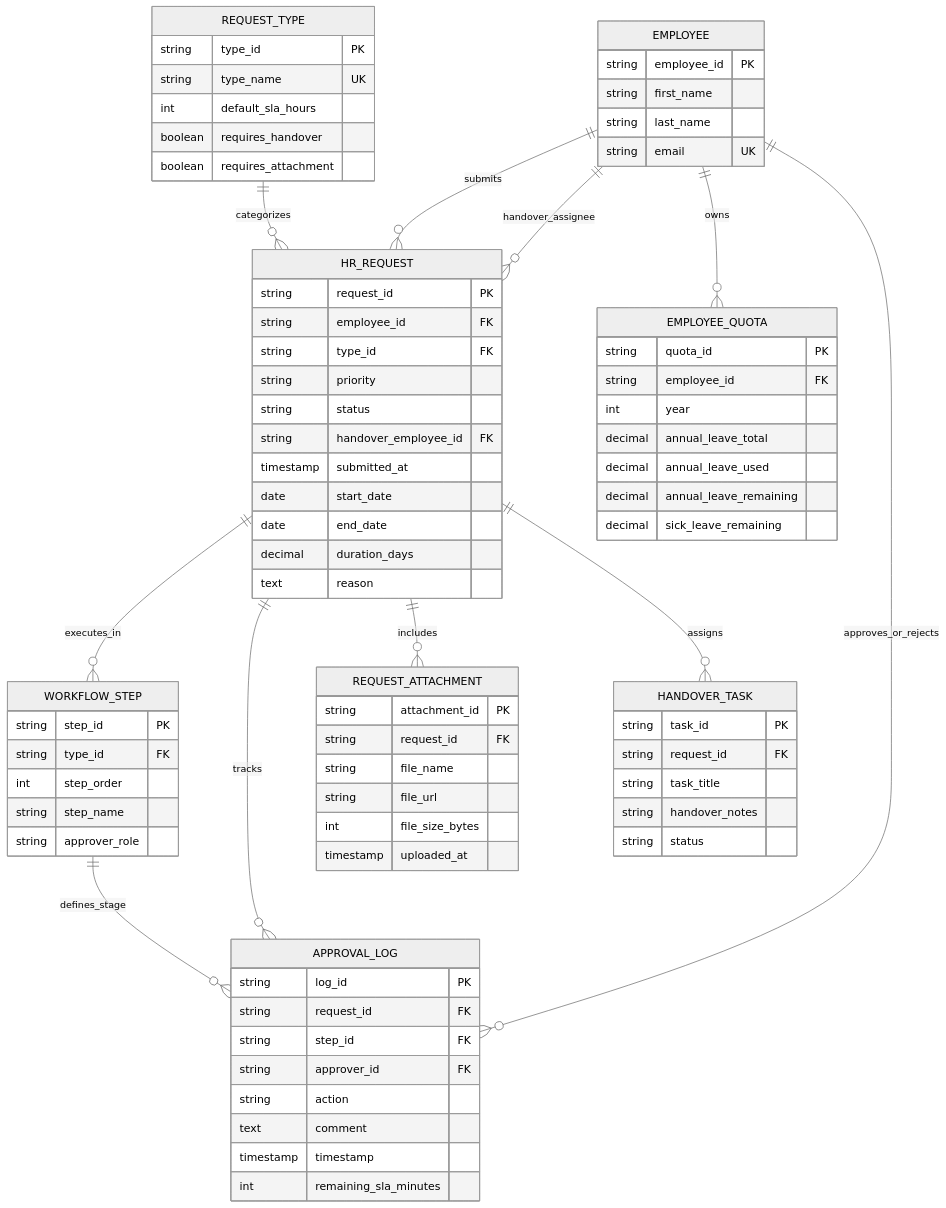
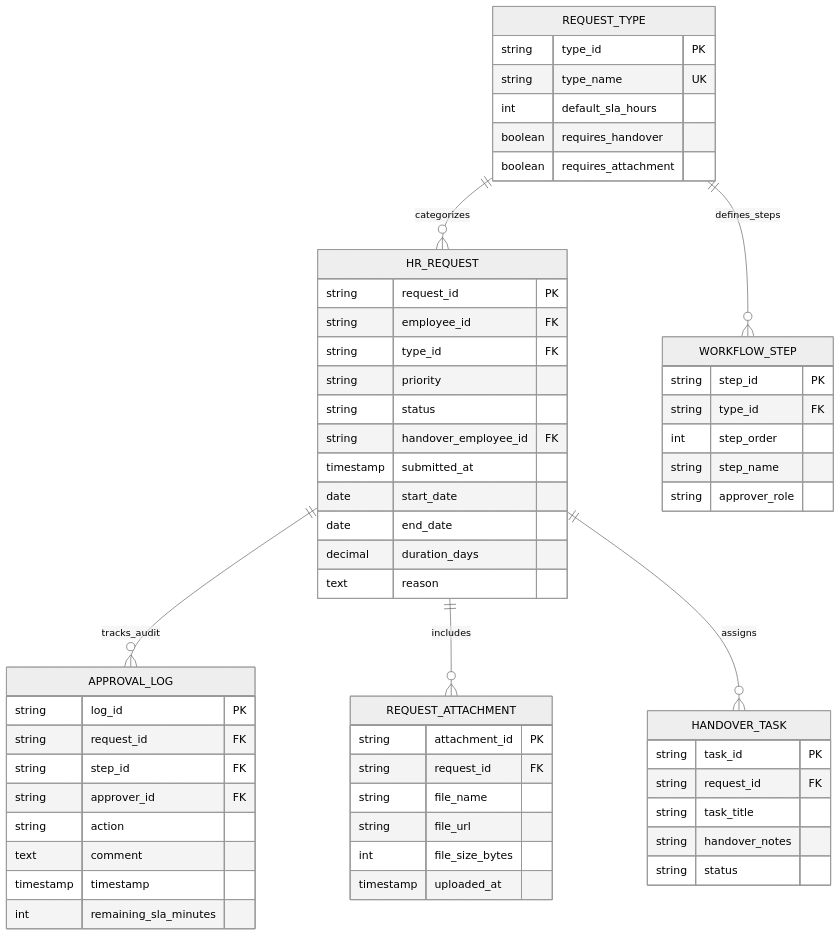
The diagram in databases/RequestManagement.md (votrongdao/Copilot.HR), drawn with Mermaid (neutral theme) before and after one commit. The commit also changed other lines of this file and 18 other files, not shown here.

Commit message:
Break erd

````diff
--- a/databases/RequestManagement.md
+++ b/databases/RequestManagement.md
@@ -9,17 +9,10 @@
 ```mermaid
 erDiagram
     REQUEST_TYPE ||--o{ HR_REQUEST : "categorizes"
-    EMPLOYEE ||--o{ HR_REQUEST : "submits"
-    EMPLOYEE ||--o{ HR_REQUEST : "handover_assignee"
-    EMPLOYEE ||--o{ EMPLOYEE_QUOTA : "owns"
-
-    HR_REQUEST ||--o{ WORKFLOW_STEP : "executes_in"
-    HR_REQUEST ||--o{ APPROVAL_LOG : "tracks"
+    REQUEST_TYPE ||--o{ WORKFLOW_STEP : "defines_steps"
+    HR_REQUEST ||--o{ APPROVAL_LOG : "tracks_audit"
     HR_REQUEST ||--o{ REQUEST_ATTACHMENT : "includes"
     HR_REQUEST ||--o{ HANDOVER_TASK : "assigns"
-
-    EMPLOYEE ||--o{ APPROVAL_LOG : "approves_or_rejects"
-    WORKFLOW_STEP ||--o{ APPROVAL_LOG : "defines_stage"
 
     REQUEST_TYPE {
         string type_id PK
@@ -71,16 +64,6 @@
         timestamp uploaded_at
     }
 
-    EMPLOYEE_QUOTA {
-        string quota_id PK
-        string employee_id FK
-        int year
-        decimal annual_leave_total
-        decimal annual_leave_used
-        decimal annual_leave_remaining
-        decimal sick_leave_remaining
-    }
-
     HANDOVER_TASK {
         string task_id PK
         string request_id FK
@@ -88,11 +71,4 @@
         string handover_notes
         string status
     }
-
-    EMPLOYEE {
-        string employee_id PK
-        string first_name
-        string last_name
-        string email UK
-    }
 ```
````
